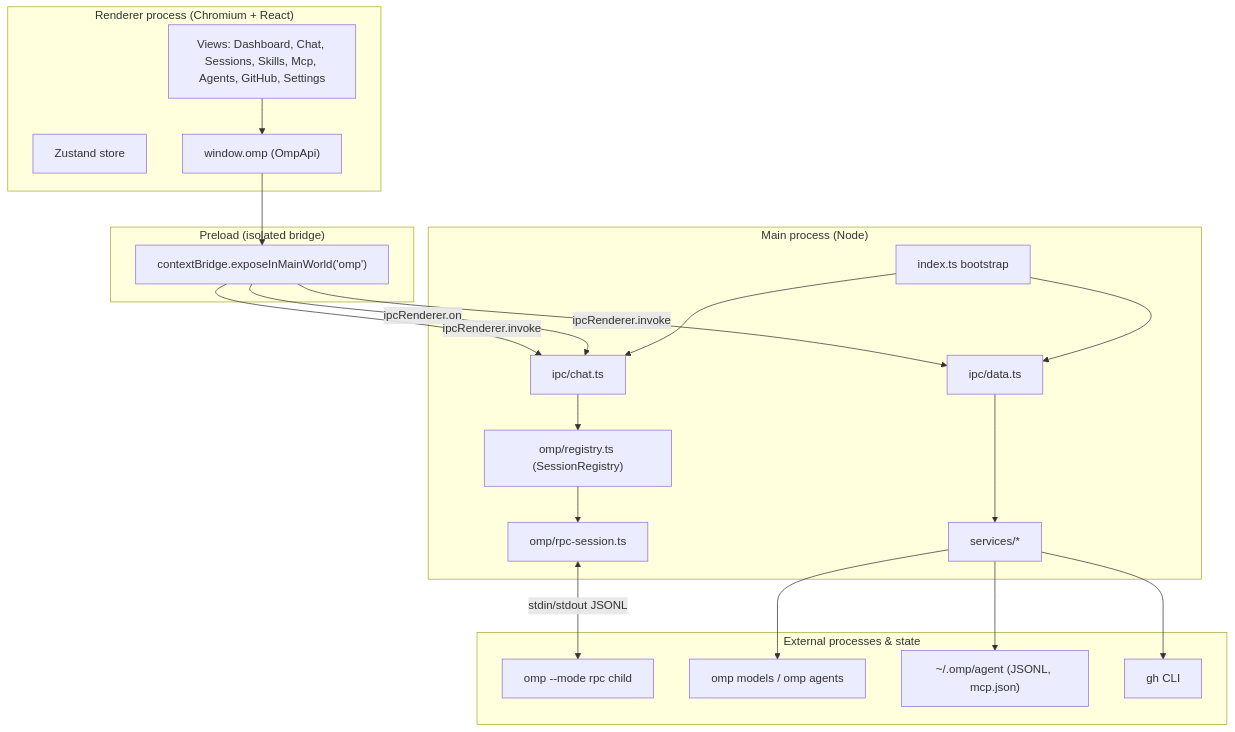
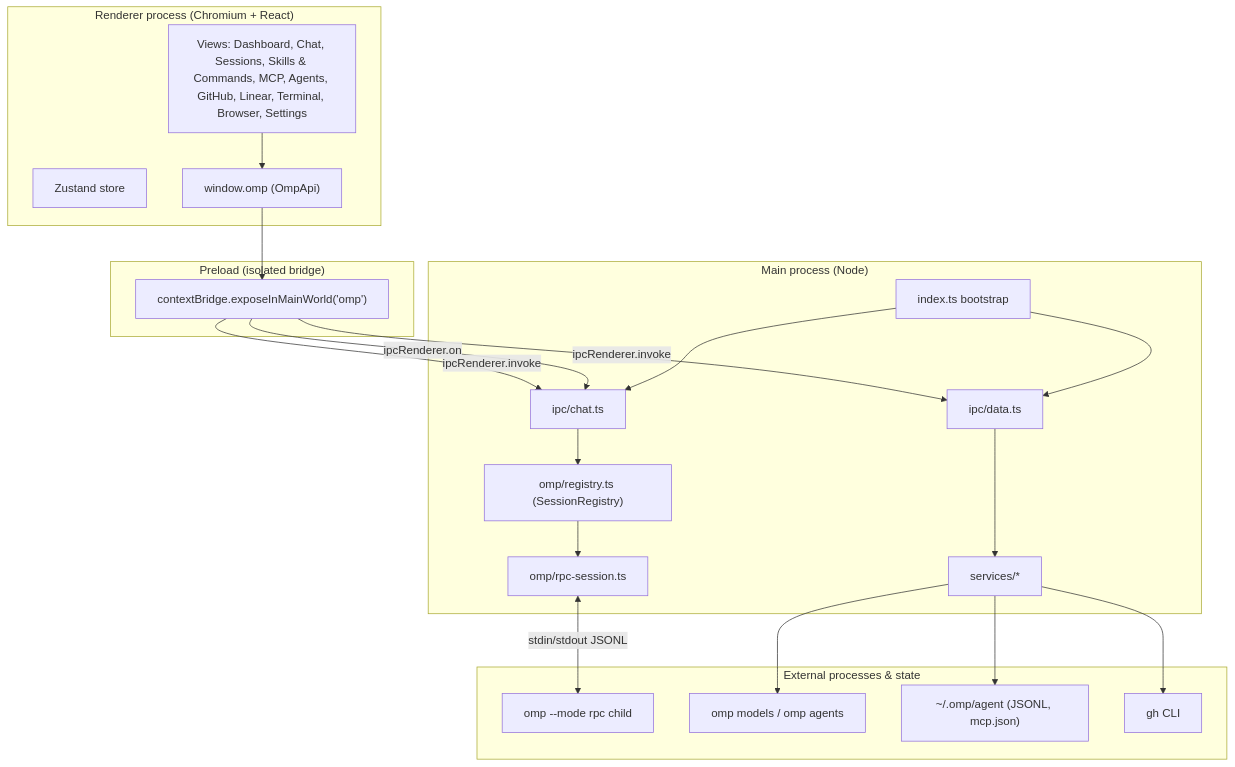
The first of 2 diagrams in docs/ARCHITECTURE.md (DylanMcCavitt/omp-studio), drawn with Mermaid before and after one commit. The commit also changed other lines of this file and 2 other files, not shown here.

First line of the commit message:
docs: update ARCHITECTURE, README, and CHANGELOG for v2 (#58)

````diff
--- a/docs/ARCHITECTURE.md
+++ b/docs/ARCHITECTURE.md
@@ -13,37 +13,37 @@
 ```mermaid
 flowchart TB
   subgraph R["Renderer process (Chromium + React)"]
-    Views["Views: Dashboard, Chat, Sessions, Skills, Mcp, Agents, GitHub, Settings"]
+    Views["Views: Dashboard, Chat, Sessions, Skills & Commands, MCP, Agents, GitHub, Linear, Terminal, Browser, Settings"]
     Store["Zustand store"]
     Omp["window.omp (OmpApi)"]
   end
   subgraph P["Preload (isolated bridge)"]
     CB["contextBridge.exposeInMainWorld('omp')"]
   end
   subgraph M["Main process (Node)"]
     Boot["index.ts bootstrap"]
     ChatIpc["ipc/chat.ts"]
     DataIpc["ipc/data.ts"]
     Registry["omp/registry.ts (SessionRegistry)"]
     Session["omp/rpc-session.ts"]
     Services["services/*"]
   end
   subgraph X["External processes & state"]
     Child["omp --mode rpc child"]
     Models["omp models / omp agents"]
     Disk["~/.omp/agent (JSONL, mcp.json)"]
     Gh["gh CLI"]
   end
 
   Views --> Omp --> CB
   CB -->|ipcRenderer.invoke| ChatIpc
   CB -->|ipcRenderer.invoke| DataIpc
   CB -->|ipcRenderer.on| ChatIpc
   ChatIpc --> Registry --> Session <-->|stdin/stdout JSONL| Child
   DataIpc --> Services
   Services --> Models
   Services --> Disk
   Services --> Gh
   Boot --> ChatIpc
   Boot --> DataIpc
 ```
````
